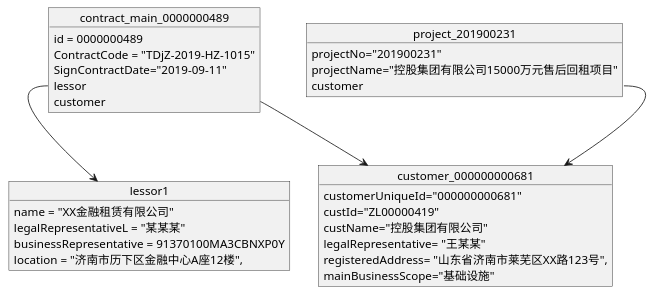
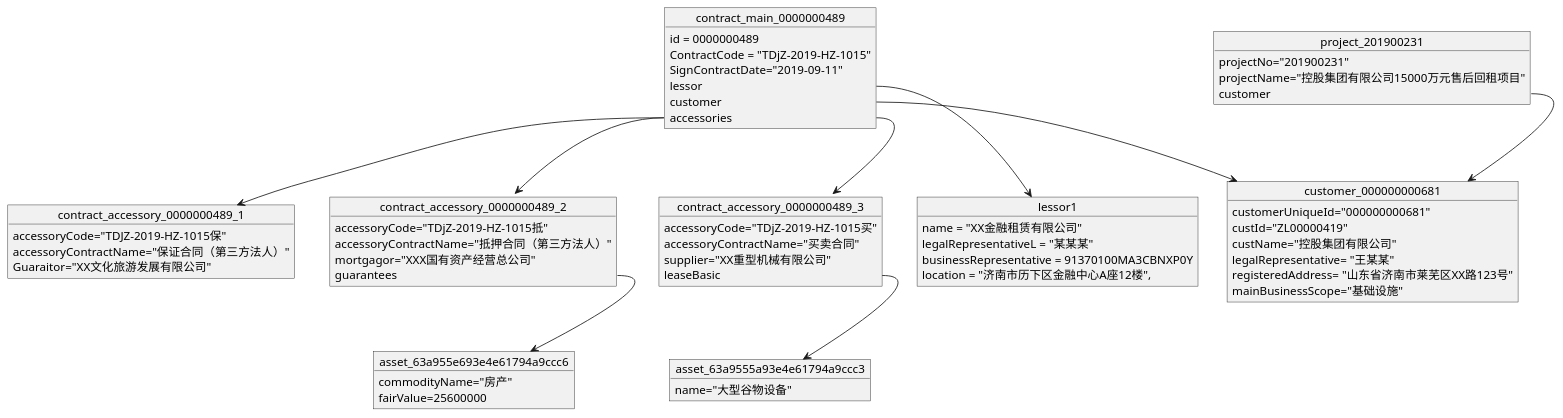
One commit to caochun/fease changed the diagram in models/case.puml. Above: the diagram before and after it, drawn with PlantUML.

```diff
--- a/models/case.puml
+++ b/models/case.puml
@@ -1,39 +1,73 @@
 @startuml case
 
 object contract_main_0000000489{
     id = 0000000489
     ContractCode = "TDjZ-2019-HZ-1015"
     SignContractDate="2019-09-11"
     lessor
     customer
+    accessories
+}
+
+object contract_accessory_0000000489_1{
+    accessoryCode="TDJZ-2019-HZ-1015保"
+    accessoryContractName="保证合同（第三方法人）"
+    Guaraitor="XX文化旅游发展有限公司"
+}
+
+object contract_accessory_0000000489_2{
+    accessoryCode="TDjZ-2019-HZ-1015抵"
+    accessoryContractName="抵押合同（第三方法人）"
+    mortgagor="XXX国有资产经营总公司"
+    guarantees
+}
+
+object contract_accessory_0000000489_3{
+    accessoryCode="TDjZ-2019-HZ-1015买"
+    accessoryContractName="买卖合同"
+    supplier="XX重型机械有限公司"
+    leaseBasic
+}
+
+object asset_63a955e693e4e61794a9ccc6{
+    commodityName="房产"
+    fairValue=25600000
+}
+
+object asset_63a9555a93e4e61794a9ccc3{
+    name="大型谷物设备"
 }
 
 object lessor1{
     name = "XX金融租赁有限公司"
     legalRepresentativeL = "某某某"
     businessRepresentative = 91370100MA3CBNXP0Y
     location = "济南市历下区金融中心A座12楼",
 }
 
 object customer_000000000681 {
     customerUniqueId="000000000681"
     custId="ZL00000419"
     custName="控股集团有限公司"
     legalRepresentative= "王某某"
-    registeredAddress= "山东省济南市莱芜区XX路123号",
+    registeredAddress= "山东省济南市莱芜区XX路123号"
     mainBusinessScope="基础设施"
 
 }
 
 
 object project_201900231{
     projectNo="201900231"
     projectName="控股集团有限公司15000万元售后回租项目"
     customer
 }
 
 contract_main_0000000489::lessor-->lessor1
 contract_main_0000000489::customer-->customer_000000000681
 project_201900231::customer-->customer_000000000681
-
+contract_main_0000000489::accessories-->contract_accessory_0000000489_1
+contract_main_0000000489::accessories-->contract_accessory_0000000489_2
+contract_main_0000000489::accessories-->contract_accessory_0000000489_3
+contract_accessory_0000000489_2::guarantees-->asset_63a955e693e4e61794a9ccc6
+contract_accessory_0000000489_3::leaseBasic-->asset_63a9555a93e4e61794a9ccc3
 @end
```
